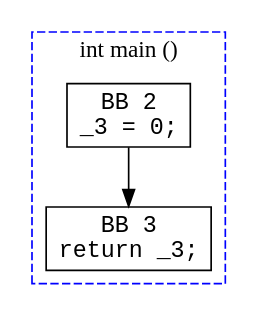
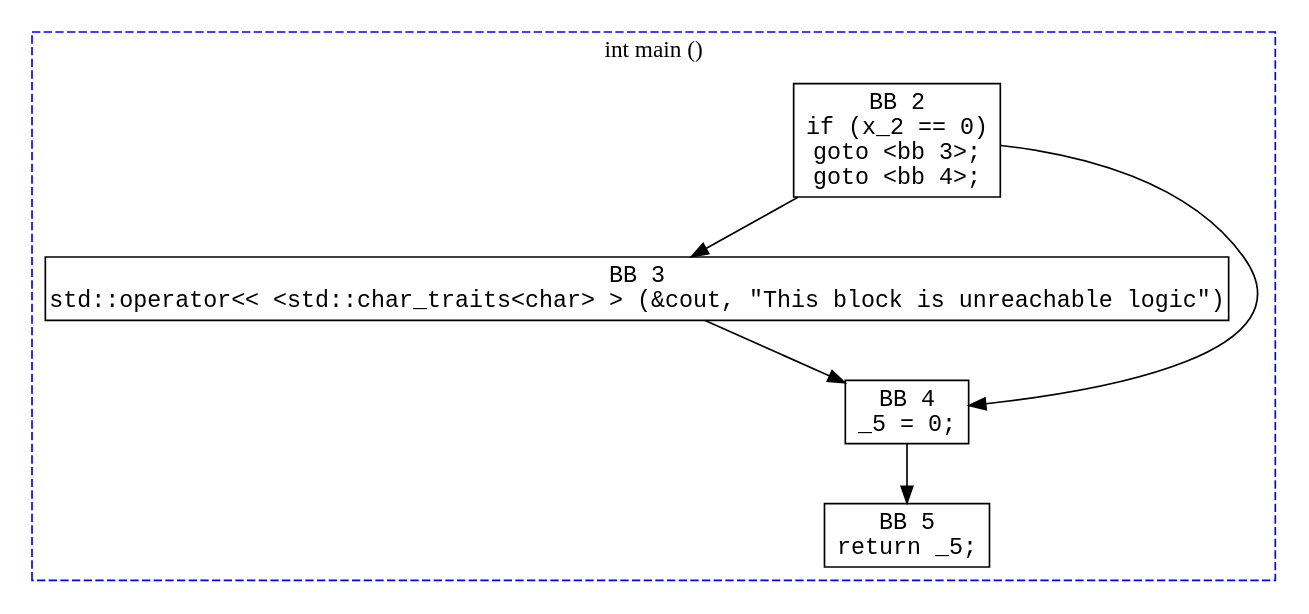
One commit to Louser21/IDCE changed the diagram in analysis_report/graph.dot. Above: the diagram before and after it, drawn with Graphviz. The commit also changed 128 other files, not shown here.

```diff
--- a/analysis_report/graph.dot
+++ b/analysis_report/graph.dot
@@ -1,11 +1,16 @@
 digraph G {
   node [shape=box, fontname="Courier", style=filled, fillcolor=white];
   compound=true;
   subgraph "cluster_1" {
     label = "int main ()";
     style = dashed; color = blue;
-    node_1_2 [label="BB 2\n_3 = 0;\n"];
+    node_1_2 [label="BB 2\nif (x_2 == 0)\ngoto <bb 3>;\ngoto <bb 4>;\n"];
     node_1_2 -> node_1_3;
-    node_1_3 [label="BB 3\nreturn _3;\n"];
+    node_1_2 -> node_1_4;
+    node_1_3 [label="BB 3\nstd::operator<< <std::char_traits<char> > (&cout, \"This block is unreachable logic\")\n"];
+    node_1_3 -> node_1_4;
+    node_1_4 [label="BB 4\n_5 = 0;\n"];
+    node_1_4 -> node_1_5;
+    node_1_5 [label="BB 5\nreturn _5;\n"];
   }
 }
```
